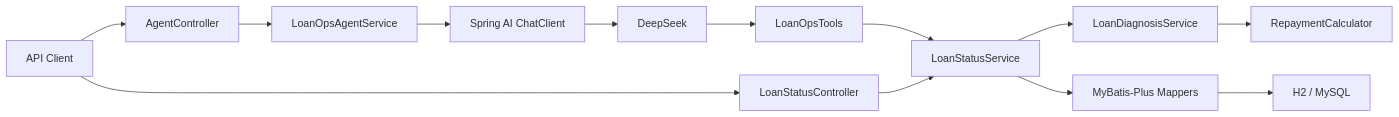
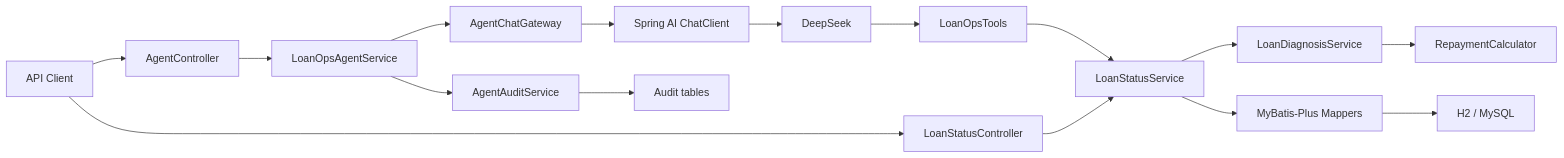
One commit to liandongjie/loanops-agent changed the diagram in docs/ARCHITECTURE.md. Above: the diagram before and after it, drawn with Mermaid. The commit also changed other lines of this file and 2 other files, not shown here.

Commit message:
docs: document agent audit and observability

````diff
--- a/docs/ARCHITECTURE.md
+++ b/docs/ARCHITECTURE.md
@@ -15,15 +15,18 @@
 ```mermaid
 graph LR
     Client["API Client"] --> Rest["LoanStatusController"]
     Client --> Agent["AgentController"]
     Agent --> AgentService["LoanOpsAgentService"]
-    AgentService --> ChatClient["Spring AI ChatClient"]
+    AgentService --> Gateway["AgentChatGateway"]
+    Gateway --> ChatClient["Spring AI ChatClient"]
     ChatClient --> Model["DeepSeek"]
     Model --> Tools["LoanOpsTools"]
     Tools --> StatusService["LoanStatusService"]
+    AgentService --> Audit["AgentAuditService"]
+    Audit --> AuditTables["Audit tables"]
     Rest --> StatusService
     StatusService --> Diagnosis["LoanDiagnosisService"]
     Diagnosis --> Calculator["RepaymentCalculator"]
     StatusService --> Mapper["MyBatis-Plus Mappers"]
     Mapper --> Database["H2 / MySQL"]
 ```
````
